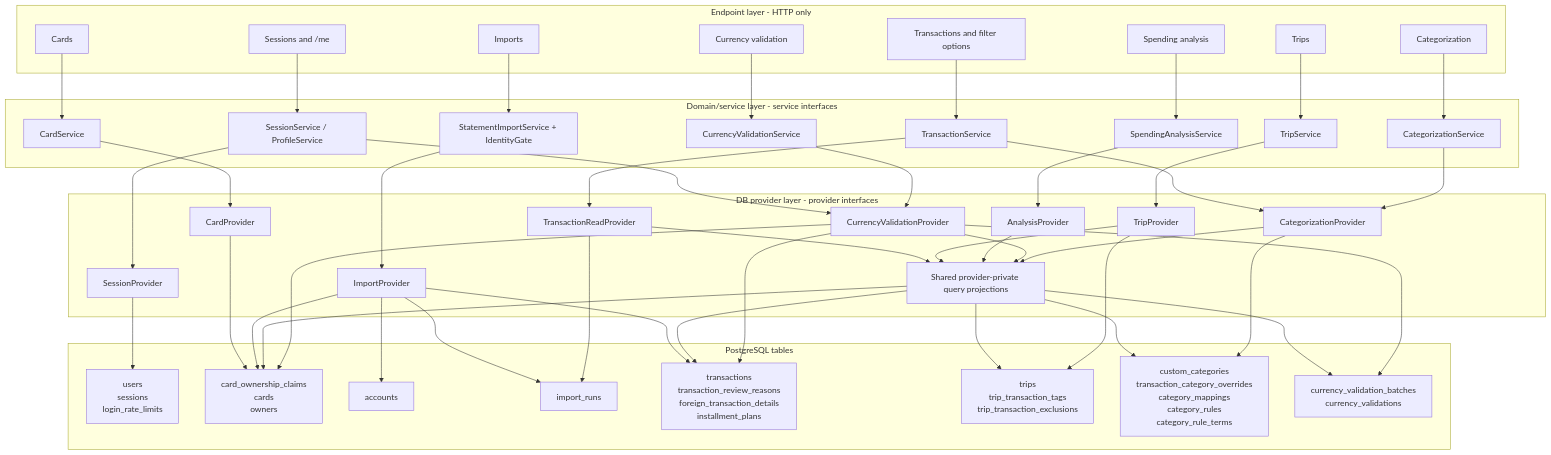
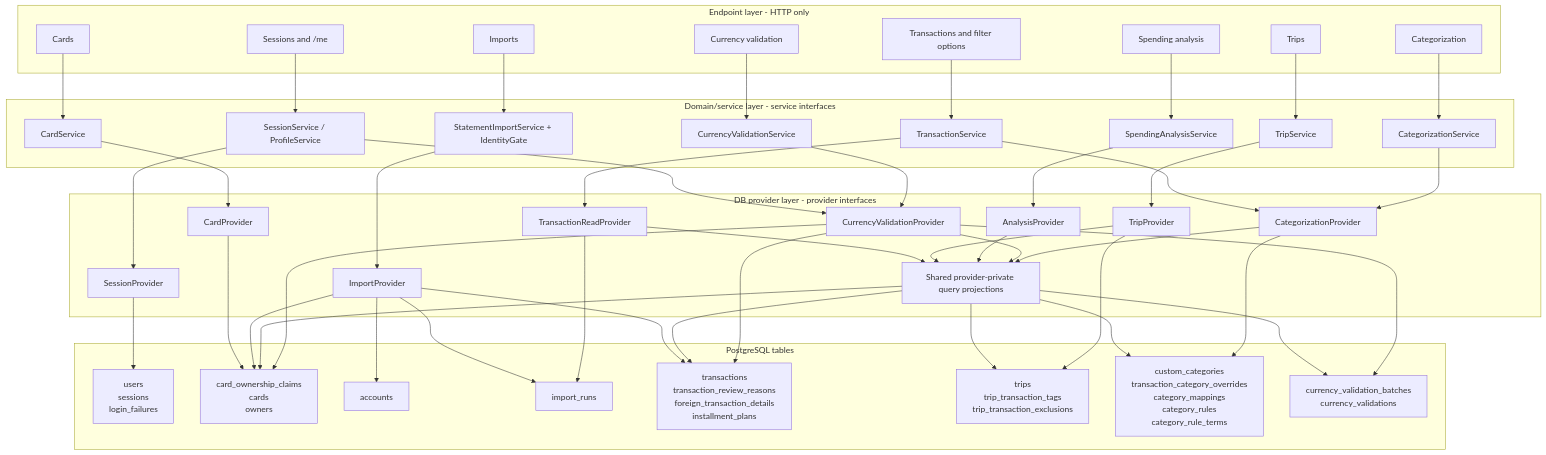
The diagram in docs/api-design-phase-1.md (OlgaPechisker/Transactions), drawn with Mermaid before and after one commit. The commit also changed other lines of this file and 10 other files, not shown here.

````diff
--- a/docs/api-design-phase-1.md
+++ b/docs/api-design-phase-1.md
@@ -192,81 +165,81 @@
 ```mermaid
 flowchart TB
     subgraph E["Endpoint layer - HTTP only"]
         EA["Sessions and /me"]
         EC["Cards"]
         EI["Imports"]
         ET["Transactions and filter options"]
         EP["Trips"]
         EX["Spending analysis"]
         EV["Currency validation"]
         EG["Categorization"]
     end
 
     subgraph D["Domain/service layer - service interfaces"]
         DA["SessionService / ProfileService"]
         DC["CardService"]
         DI["StatementImportService + IdentityGate"]
         DT["TransactionService"]
         DP["TripService"]
         DX["SpendingAnalysisService"]
         DV["CurrencyValidationService"]
         DG["CategorizationService"]
     end
 
     subgraph P["DB provider layer - provider interfaces"]
         PA["SessionProvider"]
         PC["CardProvider"]
         PI["ImportProvider"]
         PT["TransactionReadProvider"]
         PP["TripProvider"]
         PX["AnalysisProvider"]
         PV["CurrencyValidationProvider"]
         PG["CategorizationProvider"]
         Q["Shared provider-private query projections"]
     end
 
     subgraph T["PostgreSQL tables"]
-        TA["users<br/>sessions<br/>login_rate_limits"]
+        TA["users<br/>sessions<br/>login_failures"]
         TC["card_ownership_claims<br/>cards<br/>owners"]
         TB["accounts"]
         TI["import_runs"]
         TT["transactions<br/>transaction_review_reasons<br/>foreign_transaction_details<br/>installment_plans"]
         TP["trips<br/>trip_transaction_tags<br/>trip_transaction_exclusions"]
         TG["custom_categories<br/>transaction_category_overrides<br/>category_mappings<br/>category_rules<br/>category_rule_terms"]
         TV["currency_validation_batches<br/>currency_validations"]
     end
 
     EA --> DA --> PA --> TA
     DA --> PV
     EC --> DC --> PC --> TC
     EI --> DI --> PI
     PI --> TC
     PI --> TB
     PI --> TI
     PI --> TT
 
     ET --> DT --> PT
     DT --> PG
     EP --> DP --> PP
     EX --> DX --> PX
     EV --> DV --> PV
     EG --> DG --> PG
 
     PT --> Q
     PP --> Q
     PX --> Q
     PV --> Q
     PG --> Q
     Q --> TC
     Q --> TT
     Q --> TP
     Q --> TG
     Q --> TV
     PT --> TI
 
     PP --> TP
     PG --> TG
     PV --> TC
     PV --> TT
     PV --> TV
 ```
````
